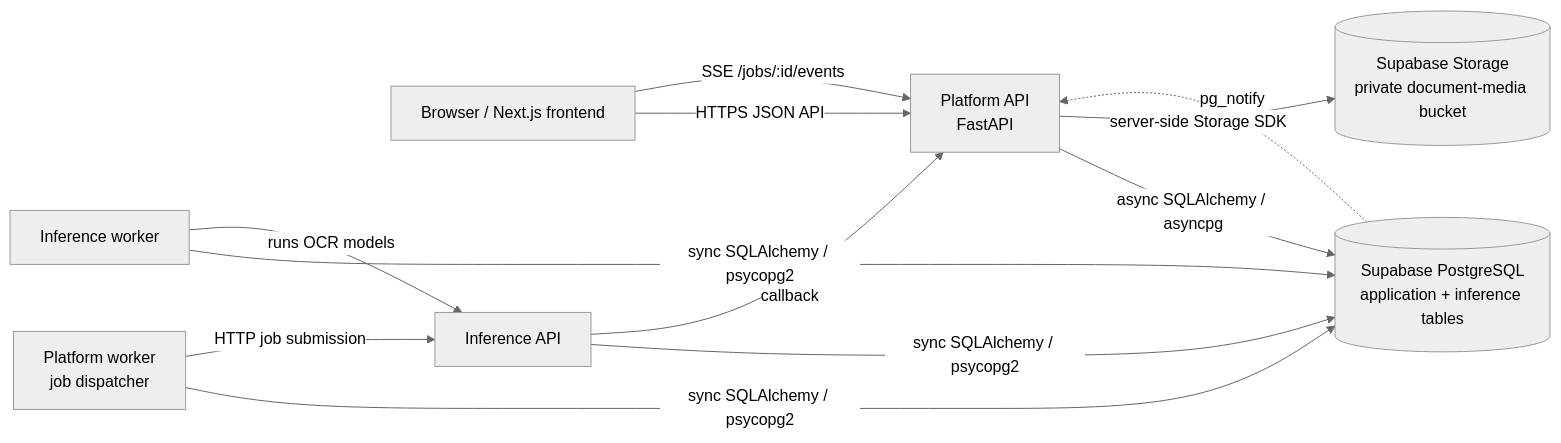
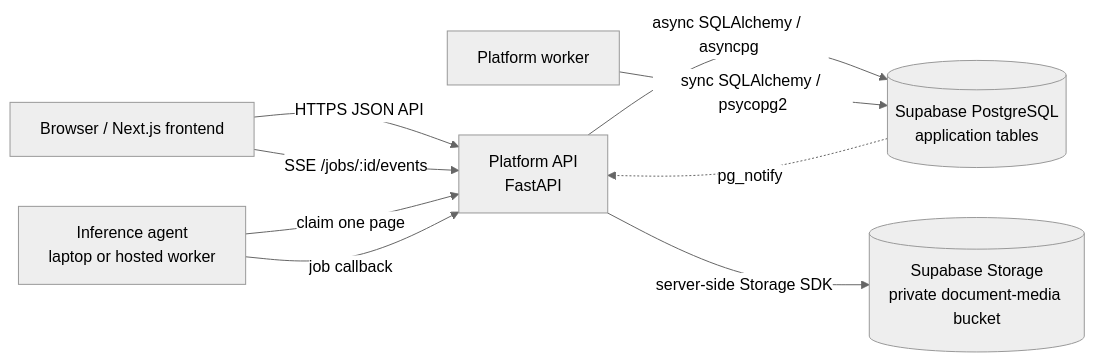
Before and after one commit to kkkamur07/greekOCR: the first of 7 diagrams in docs/database-design.md, drawn with Mermaid (neutral theme). The commit also changed other lines of this file and 31 other files, not shown here.

First line of the commit message:
build: remove the inference-api container and its Postgres dependencies

````diff
--- a/docs/database-design.md
+++ b/docs/database-design.md
@@ -25,22 +25,18 @@
 ```mermaid
 flowchart LR
     Browser["Browser / Next.js frontend"]
     API["Platform API<br/>FastAPI"]
-    PlatformWorker["Platform worker<br/>job dispatcher"]
-    InferenceAPI["Inference API"]
-    InferenceWorker["Inference worker"]
-    DB[("Supabase PostgreSQL<br/>application + inference tables")]
+    PlatformWorker["Platform worker"]
+    Agent["Inference agent<br/>laptop or hosted worker"]
+    DB[("Supabase PostgreSQL<br/>application tables")]
     Storage[("Supabase Storage<br/>private document-media bucket")]
 
     Browser -->|"HTTPS JSON API"| API
     Browser -->|"SSE /jobs/:id/events"| API
     API -->|"async SQLAlchemy / asyncpg"| DB
     API -->|"server-side Storage SDK"| Storage
     PlatformWorker -->|"sync SQLAlchemy / psycopg2"| DB
-    PlatformWorker -->|"HTTP job submission"| InferenceAPI
-    InferenceAPI -->|"sync SQLAlchemy / psycopg2"| DB
-    InferenceWorker -->|"sync SQLAlchemy / psycopg2"| DB
-    InferenceAPI -->|"callback"| API
-    InferenceWorker -->|"runs OCR models"| InferenceAPI
+    Agent -->|"claim one page"| API
+    Agent -->|"job callback"| API
     DB -.->|"pg_notify"| API
 ```
````
